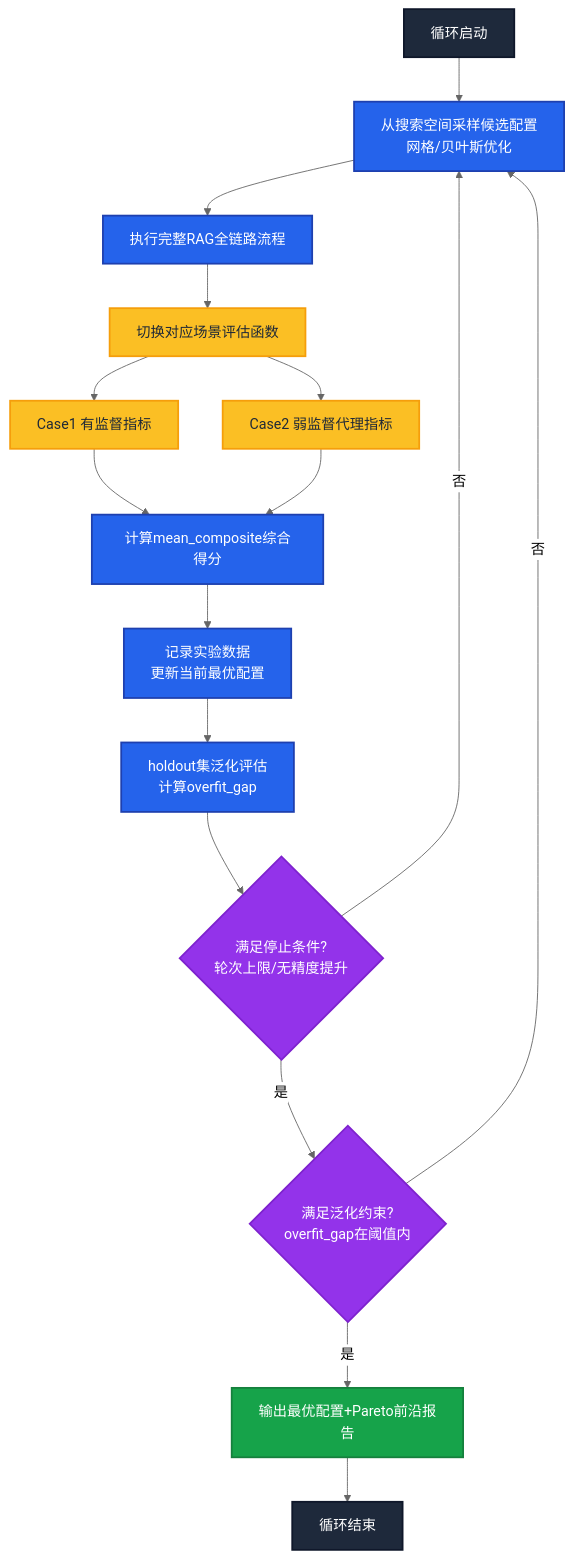
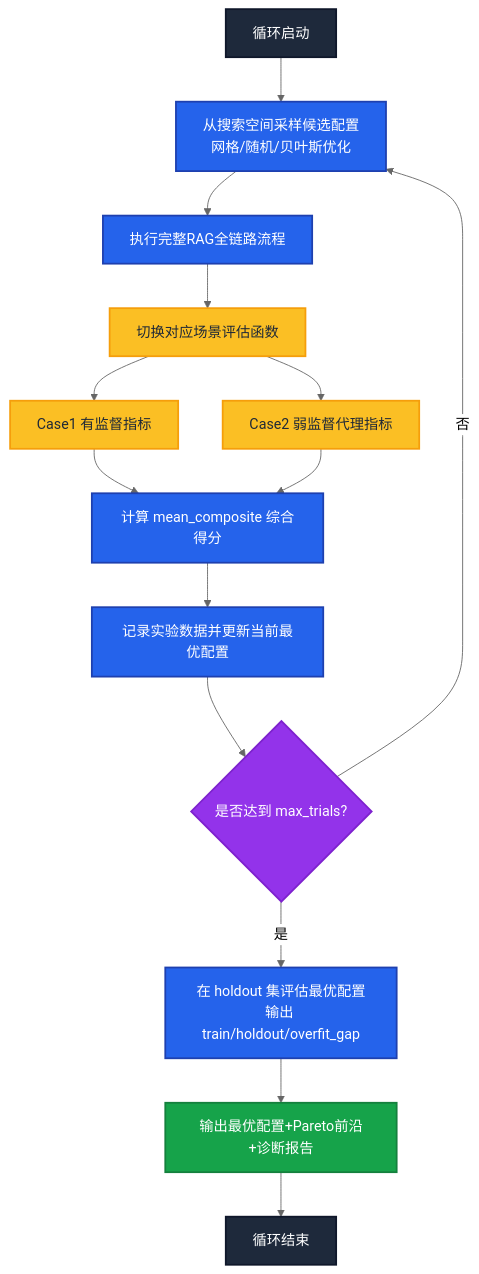
One commit to UAESheik/rag-pipeline-optimizer changed the second of 3 diagrams in README.md. Above: the diagram before and after it, drawn with Mermaid (neutral theme). The commit also changed other lines of this file and 2 other files, not shown here.

````diff
--- a/README.md
+++ b/README.md
@@ -84,23 +84,21 @@
 ```mermaid
 flowchart TD
     classDef startEnd fill:#1e293b,stroke:#0f172a,color:white,stroke-width:2px
     classDef step fill:#2563eb,stroke:#1e40af,color:white,stroke-width:2px
     classDef judge fill:#9333ea,stroke:#7e22ce,color:white,stroke-width:2px
     classDef output fill:#16a34a,stroke:#15803d,color:white,stroke-width:2px
     classDef caseSwitch fill:#fbbf24,stroke:#f59e0b,color:#1f2937,stroke-width:2px
 
     Start[循环启动]:::startEnd --> S1
-    S1[从搜索空间采样候选配置<br/>网格/贝叶斯优化]:::step --> S2
+    S1[从搜索空间采样候选配置<br/>网格/随机/贝叶斯优化]:::step --> S2
     S2[执行完整RAG全链路流程]:::step --> CaseSwitch
     CaseSwitch[切换对应场景评估函数]:::caseSwitch --> Case1[Case1 有监督指标]:::caseSwitch
     CaseSwitch --> Case2[Case2 弱监督代理指标]:::caseSwitch
     Case1 & Case2 --> S3
-    S3[计算mean_composite综合得分]:::step --> S4
-    S4[记录实验数据<br/>更新当前最优配置]:::step --> S5
-    S5[holdout集泛化评估<br/>计算overfit_gap]:::step --> J1
-    J1{满足停止条件?<br/>轮次上限/无精度提升}:::judge -->|否| S1
-    J1 -->|是| J2
-    J2{满足泛化约束?<br/>overfit_gap在阈值内}:::judge -->|否| S1
-    J2 -->|是| FinalOutput
-    FinalOutput[输出最优配置+Pareto前沿报告]:::output --> End[循环结束]:::startEnd
+    S3[计算 mean_composite 综合得分]:::step --> S4
+    S4[记录实验数据并更新当前最优配置]:::step --> J1
+    J1{是否达到 max_trials?}:::judge -->|否| S1
+    J1 -->|是| S5
+    S5[在 holdout 集评估最优配置<br/>输出 train/holdout/overfit_gap]:::step --> FinalOutput
+    FinalOutput[输出最优配置+Pareto前沿+诊断报告]:::output --> End[循环结束]:::startEnd
 ```
````
